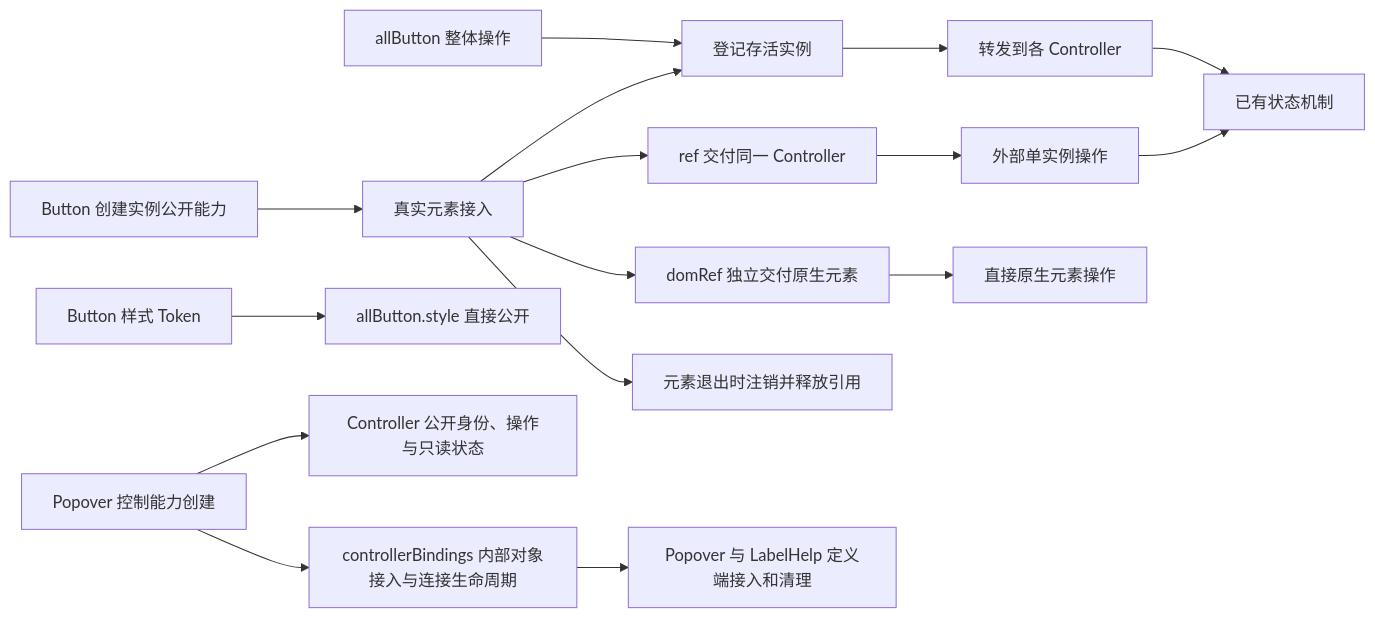
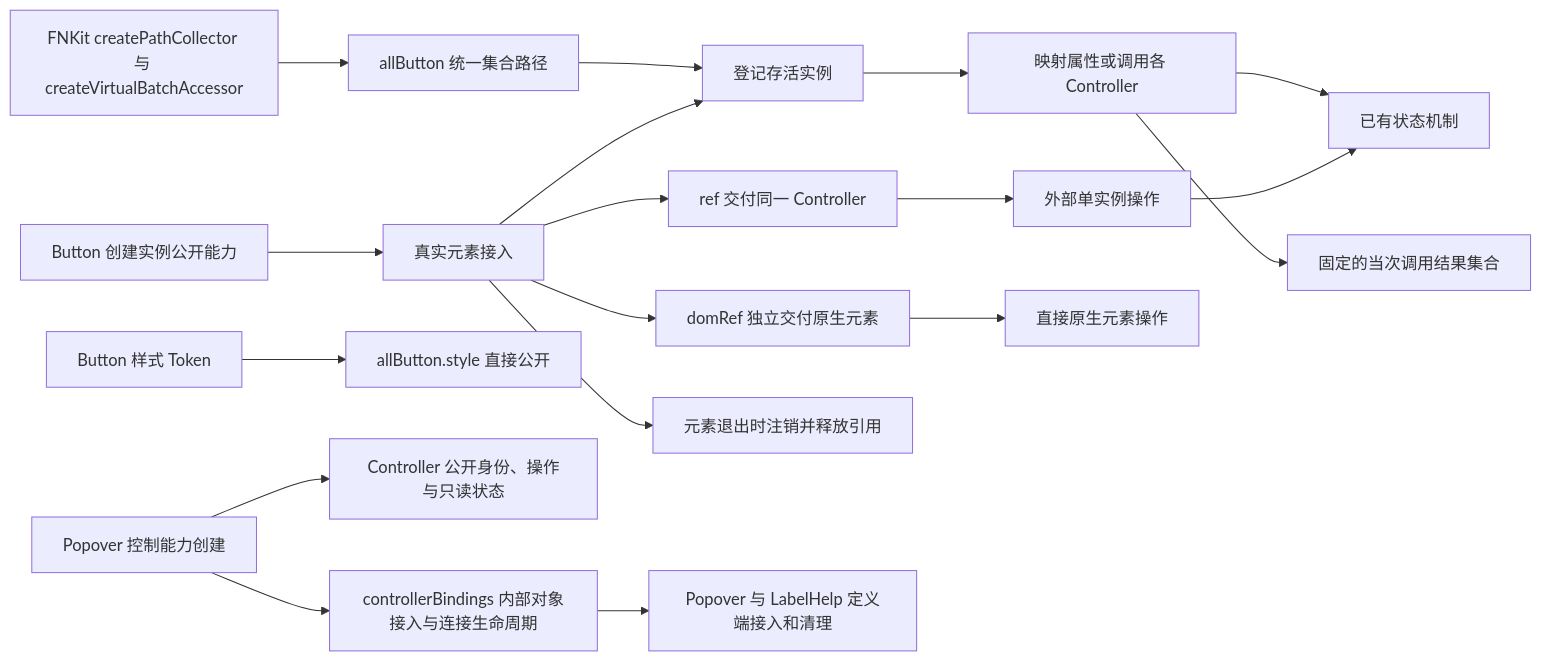
The diagram in docs/plans/261030_Button实例与整体控制入口.md (edsolater/uikit), drawn with Mermaid before and after one commit. The commit also changed other lines of this file and 26 other files, not shown here.

````diff
--- a/docs/plans/261030_Button实例与整体控制入口.md
+++ b/docs/plans/261030_Button实例与整体控制入口.md
@@ -9,18 +9,20 @@
 ```mermaid
 flowchart LR
   A[Button 创建实例公开能力] --> B[真实元素接入]
   B --> C[ref 交付同一 Controller]
   B --> D[登记存活实例]
   B --> L[domRef 独立交付原生元素]
   C --> E[外部单实例操作]
-  F[allButton 整体操作] --> D
-  D --> G[转发到各 Controller]
+  F[allButton 统一集合路径] --> D
+  U[FNKit createPathCollector 与 createVirtualBatchAccessor] --> F
+  D --> G[映射属性或调用各 Controller]
   E --> H[已有状态机制]
   G --> H
+  G --> T[固定的当次调用结果集合]
   L --> M[直接原生元素操作]
   I[Button 样式 Token] --> J[allButton.style 直接公开]
   B --> K[元素退出时注销并释放引用]
   P[Popover 控制能力创建] --> Q[Controller 公开身份、操作与只读状态]
   P --> R[controllerBindings 内部对象接入与连接生命周期]
   R --> S[Popover 与 LabelHelp 定义端接入和清理]
 ```
````
